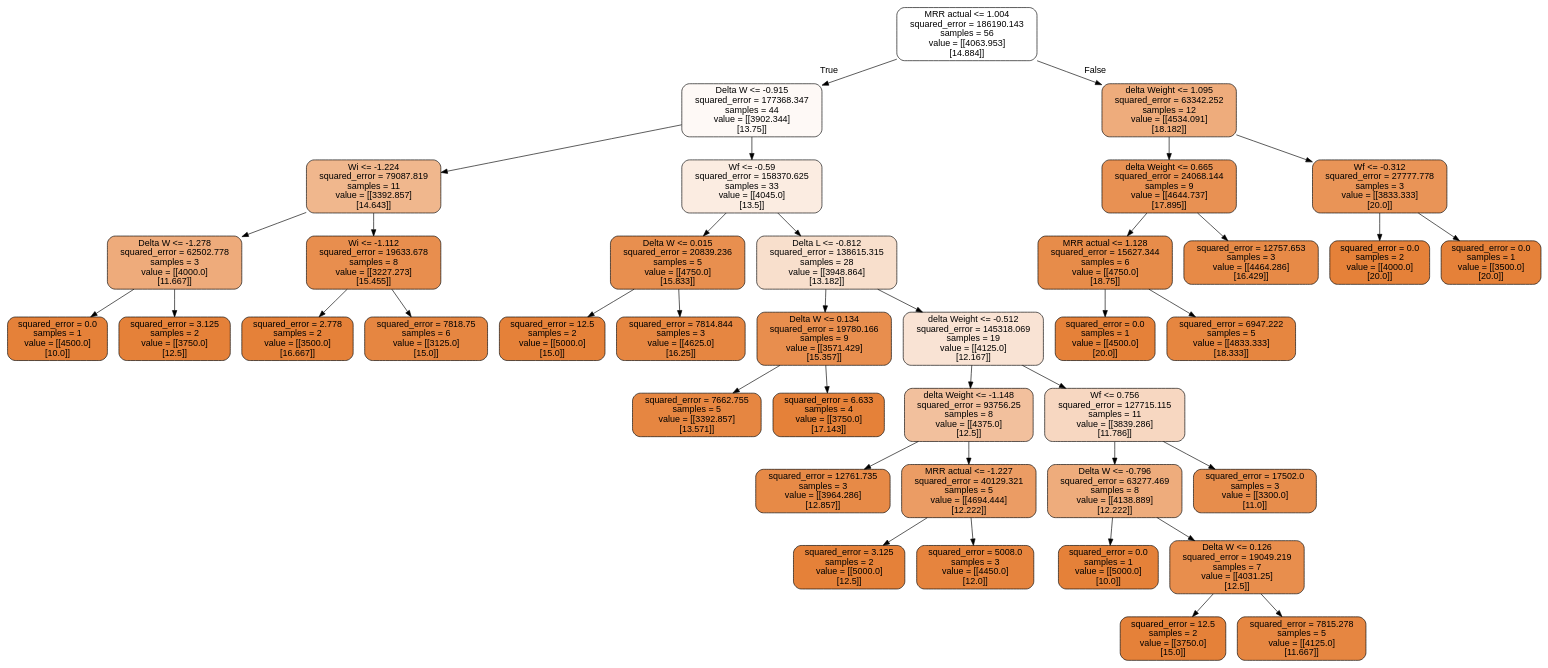
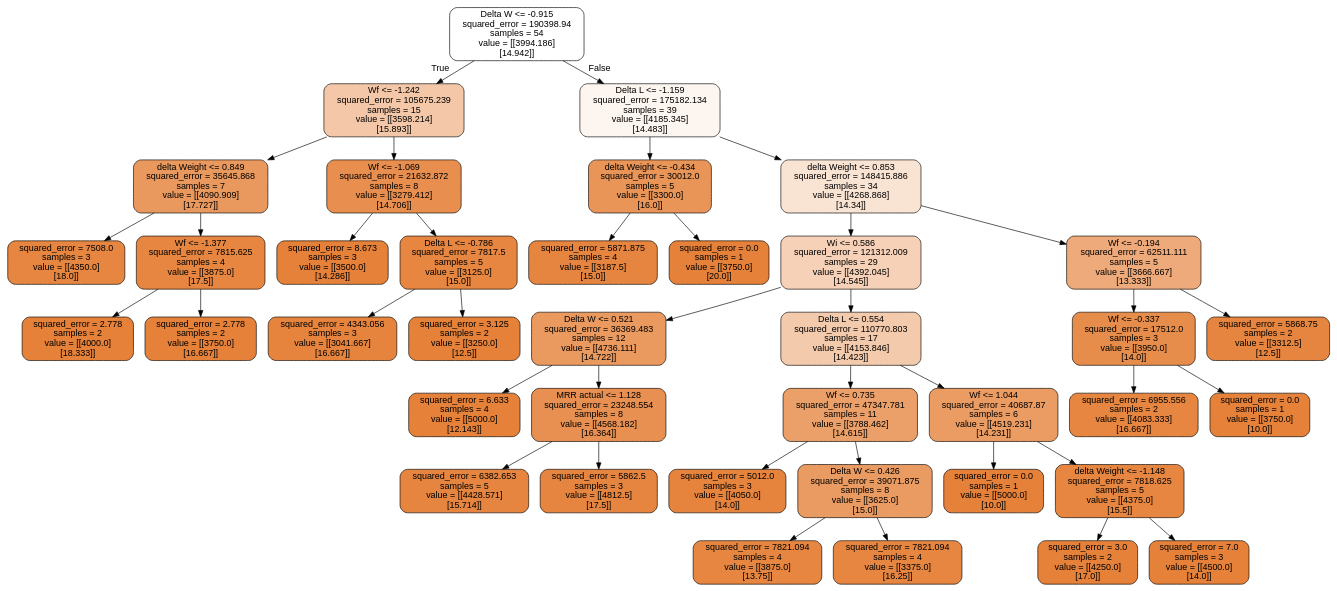
The diagram in tree.dot (VardanMittal/Micromilling_process_optimisation), drawn with Graphviz before and after one commit. The commit also changed 6 other files, not shown here.

```diff
--- a/tree.dot
+++ b/tree.dot
@@ -1,81 +1,81 @@
 digraph Tree {
 node [shape=box, style="filled, rounded", color="black", fontname="helvetica"] ;
 edge [fontname="helvetica"] ;
-0 [label="MRR actual <= 1.004\nsquared_error = 186190.143\nsamples = 56\nvalue = [[4063.953]\n[14.884]]", fillcolor="#ffffff"] ;
-1 [label="Delta W <= -0.915\nsquared_error = 177368.347\nsamples = 44\nvalue = [[3902.344]\n[13.75]]", fillcolor="#fef9f6"] ;
+0 [label="Delta W <= -0.915\nsquared_error = 190398.94\nsamples = 54\nvalue = [[3994.186]\n[14.942]]", fillcolor="#ffffff"] ;
+1 [label="Wf <= -1.242\nsquared_error = 105675.239\nsamples = 15\nvalue = [[3598.214]\n[15.893]]", fillcolor="#f3c7a7"] ;
 0 -> 1 [labeldistance=2.5, labelangle=45, headlabel="True"] ;
-3 [label="Wi <= -1.224\nsquared_error = 79087.819\nsamples = 11\nvalue = [[3392.857]\n[14.643]]", fillcolor="#f0b78d"] ;
+3 [label="delta Weight <= 0.849\nsquared_error = 35645.868\nsamples = 7\nvalue = [[4090.909]\n[17.727]]", fillcolor="#ea995e"] ;
 1 -> 3 ;
-17 [label="Delta W <= -1.278\nsquared_error = 62502.778\nsamples = 3\nvalue = [[4000.0]\n[11.667]]", fillcolor="#eeab7b"] ;
-3 -> 17 ;
-25 [label="squared_error = 0.0\nsamples = 1\nvalue = [[4500.0]\n[10.0]]", fillcolor="#e58139"] ;
-17 -> 25 ;
-26 [label="squared_error = 3.125\nsamples = 2\nvalue = [[3750.0]\n[12.5]]", fillcolor="#e58139"] ;
-17 -> 26 ;
-18 [label="Wi <= -1.112\nsquared_error = 19633.678\nsamples = 8\nvalue = [[3227.273]\n[15.455]]", fillcolor="#e88e4e"] ;
-3 -> 18 ;
-29 [label="squared_error = 2.778\nsamples = 2\nvalue = [[3500.0]\n[16.667]]", fillcolor="#e58139"] ;
-18 -> 29 ;
-30 [label="squared_error = 7818.75\nsamples = 6\nvalue = [[3125.0]\n[15.0]]", fillcolor="#e68641"] ;
-18 -> 30 ;
-4 [label="Wf <= -0.59\nsquared_error = 158370.625\nsamples = 33\nvalue = [[4045.0]\n[13.5]]", fillcolor="#fbece1"] ;
+19 [label="squared_error = 7508.0\nsamples = 3\nvalue = [[4350.0]\n[18.0]]", fillcolor="#e68641"] ;
+3 -> 19 ;
+20 [label="Wf <= -1.377\nsquared_error = 7815.625\nsamples = 4\nvalue = [[3875.0]\n[17.5]]", fillcolor="#e68641"] ;
+3 -> 20 ;
+37 [label="squared_error = 2.778\nsamples = 2\nvalue = [[4000.0]\n[18.333]]", fillcolor="#e58139"] ;
+20 -> 37 ;
+38 [label="squared_error = 2.778\nsamples = 2\nvalue = [[3750.0]\n[16.667]]", fillcolor="#e58139"] ;
+20 -> 38 ;
+4 [label="Wf <= -1.069\nsquared_error = 21632.872\nsamples = 8\nvalue = [[3279.412]\n[14.706]]", fillcolor="#e88f4f"] ;
 1 -> 4 ;
-5 [label="Delta W <= 0.015\nsquared_error = 20839.236\nsamples = 5\nvalue = [[4750.0]\n[15.833]]", fillcolor="#e88f4f"] ;
-4 -> 5 ;
-35 [label="squared_error = 12.5\nsamples = 2\nvalue = [[5000.0]\n[15.0]]", fillcolor="#e58139"] ;
-5 -> 35 ;
-36 [label="squared_error = 7814.844\nsamples = 3\nvalue = [[4625.0]\n[16.25]]", fillcolor="#e68641"] ;
-5 -> 36 ;
-6 [label="Delta L <= -0.812\nsquared_error = 138615.315\nsamples = 28\nvalue = [[3948.864]\n[13.182]]", fillcolor="#f8dfcc"] ;
-4 -> 6 ;
-7 [label="Delta W <= 0.134\nsquared_error = 19780.166\nsamples = 9\nvalue = [[3571.429]\n[15.357]]", fillcolor="#e88e4e"] ;
+21 [label="squared_error = 8.673\nsamples = 3\nvalue = [[3500.0]\n[14.286]]", fillcolor="#e58139"] ;
+4 -> 21 ;
+22 [label="Delta L <= -0.786\nsquared_error = 7817.5\nsamples = 5\nvalue = [[3125.0]\n[15.0]]", fillcolor="#e68641"] ;
+4 -> 22 ;
+35 [label="squared_error = 4343.056\nsamples = 3\nvalue = [[3041.667]\n[16.667]]", fillcolor="#e6843e"] ;
+22 -> 35 ;
+36 [label="squared_error = 3.125\nsamples = 2\nvalue = [[3250.0]\n[12.5]]", fillcolor="#e58139"] ;
+22 -> 36 ;
+2 [label="Delta L <= -1.159\nsquared_error = 175182.134\nsamples = 39\nvalue = [[4185.345]\n[14.483]]", fillcolor="#fdf5ef"] ;
+0 -> 2 [labeldistance=2.5, labelangle=-45, headlabel="False"] ;
+5 [label="delta Weight <= -0.434\nsquared_error = 30012.0\nsamples = 5\nvalue = [[3300.0]\n[16.0]]", fillcolor="#e99558"] ;
+2 -> 5 ;
+29 [label="squared_error = 5871.875\nsamples = 4\nvalue = [[3187.5]\n[15.0]]", fillcolor="#e6853f"] ;
+5 -> 29 ;
+30 [label="squared_error = 0.0\nsamples = 1\nvalue = [[3750.0]\n[20.0]]", fillcolor="#e58139"] ;
+5 -> 30 ;
+6 [label="delta Weight <= 0.853\nsquared_error = 148415.886\nsamples = 34\nvalue = [[4268.868]\n[14.34]]", fillcolor="#f9e3d3"] ;
+2 -> 6 ;
+7 [label="Wi <= 0.586\nsquared_error = 121312.009\nsamples = 29\nvalue = [[4392.045]\n[14.545]]", fillcolor="#f6d1b7"] ;
 6 -> 7 ;
-23 [label="squared_error = 7662.755\nsamples = 5\nvalue = [[3392.857]\n[13.571]]", fillcolor="#e68641"] ;
-7 -> 23 ;
-24 [label="squared_error = 6.633\nsamples = 4\nvalue = [[3750.0]\n[17.143]]", fillcolor="#e58139"] ;
-7 -> 24 ;
-8 [label="delta Weight <= -0.512\nsquared_error = 145318.069\nsamples = 19\nvalue = [[4125.0]\n[12.167]]", fillcolor="#f9e3d4"] ;
+9 [label="Delta W <= 0.521\nsquared_error = 36369.483\nsamples = 12\nvalue = [[4736.111]\n[14.722]]", fillcolor="#ea995f"] ;
+7 -> 9 ;
+17 [label="squared_error = 6.633\nsamples = 4\nvalue = [[5000.0]\n[12.143]]", fillcolor="#e58139"] ;
+9 -> 17 ;
+18 [label="MRR actual <= 1.128\nsquared_error = 23248.554\nsamples = 8\nvalue = [[4568.182]\n[16.364]]", fillcolor="#e89051"] ;
+9 -> 18 ;
+27 [label="squared_error = 6382.653\nsamples = 5\nvalue = [[4428.571]\n[15.714]]", fillcolor="#e68540"] ;
+18 -> 27 ;
+28 [label="squared_error = 5862.5\nsamples = 3\nvalue = [[4812.5]\n[17.5]]", fillcolor="#e6853f"] ;
+18 -> 28 ;
+10 [label="Delta L <= 0.554\nsquared_error = 110770.803\nsamples = 17\nvalue = [[4153.846]\n[14.423]]", fillcolor="#f4caac"] ;
+7 -> 10 ;
+11 [label="Wf <= 0.735\nsquared_error = 47347.781\nsamples = 11\nvalue = [[3788.462]\n[14.615]]", fillcolor="#eba06a"] ;
+10 -> 11 ;
+23 [label="squared_error = 5012.0\nsamples = 3\nvalue = [[4050.0]\n[14.0]]", fillcolor="#e6843e"] ;
+11 -> 23 ;
+24 [label="Delta W <= 0.426\nsquared_error = 39071.875\nsamples = 8\nvalue = [[3625.0]\n[15.0]]", fillcolor="#ea9b62"] ;
+11 -> 24 ;
+25 [label="squared_error = 7821.094\nsamples = 4\nvalue = [[3875.0]\n[13.75]]", fillcolor="#e68641"] ;
+24 -> 25 ;
+26 [label="squared_error = 7821.094\nsamples = 4\nvalue = [[3375.0]\n[16.25]]", fillcolor="#e68641"] ;
+24 -> 26 ;
+12 [label="Wf <= 1.044\nsquared_error = 40687.87\nsamples = 6\nvalue = [[4519.231]\n[14.231]]", fillcolor="#eb9c63"] ;
+10 -> 12 ;
+15 [label="squared_error = 0.0\nsamples = 1\nvalue = [[5000.0]\n[10.0]]", fillcolor="#e58139"] ;
+12 -> 15 ;
+16 [label="delta Weight <= -1.148\nsquared_error = 7818.625\nsamples = 5\nvalue = [[4375.0]\n[15.5]]", fillcolor="#e68641"] ;
+12 -> 16 ;
+31 [label="squared_error = 3.0\nsamples = 2\nvalue = [[4250.0]\n[17.0]]", fillcolor="#e58139"] ;
+16 -> 31 ;
+32 [label="squared_error = 7.0\nsamples = 3\nvalue = [[4500.0]\n[14.0]]", fillcolor="#e58139"] ;
+16 -> 32 ;
+8 [label="Wf <= -0.194\nsquared_error = 62511.111\nsamples = 5\nvalue = [[3666.667]\n[13.333]]", fillcolor="#eeaa7a"] ;
 6 -> 8 ;
-9 [label="delta Weight <= -1.148\nsquared_error = 93756.25\nsamples = 8\nvalue = [[4375.0]\n[12.5]]", fillcolor="#f2c09d"] ;
-8 -> 9 ;
-13 [label="squared_error = 12761.735\nsamples = 3\nvalue = [[3964.286]\n[12.857]]", fillcolor="#e78a47"] ;
-9 -> 13 ;
-14 [label="MRR actual <= -1.227\nsquared_error = 40129.321\nsamples = 5\nvalue = [[4694.444]\n[12.222]]", fillcolor="#eb9c64"] ;
-9 -> 14 ;
-21 [label="squared_error = 3.125\nsamples = 2\nvalue = [[5000.0]\n[12.5]]", fillcolor="#e58139"] ;
-14 -> 21 ;
-22 [label="squared_error = 5008.0\nsamples = 3\nvalue = [[4450.0]\n[12.0]]", fillcolor="#e6843e"] ;
-14 -> 22 ;
-10 [label="Wf <= 0.756\nsquared_error = 127715.115\nsamples = 11\nvalue = [[3839.286]\n[11.786]]", fillcolor="#f7d7c1"] ;
-8 -> 10 ;
-11 [label="Delta W <= -0.796\nsquared_error = 63277.469\nsamples = 8\nvalue = [[4138.889]\n[12.222]]", fillcolor="#eeac7c"] ;
-10 -> 11 ;
-19 [label="squared_error = 0.0\nsamples = 1\nvalue = [[5000.0]\n[10.0]]", fillcolor="#e58139"] ;
-11 -> 19 ;
-20 [label="Delta W <= 0.126\nsquared_error = 19049.219\nsamples = 7\nvalue = [[4031.25]\n[12.5]]", fillcolor="#e88e4d"] ;
-11 -> 20 ;
-33 [label="squared_error = 12.5\nsamples = 2\nvalue = [[3750.0]\n[15.0]]", fillcolor="#e58139"] ;
-20 -> 33 ;
-34 [label="squared_error = 7815.278\nsamples = 5\nvalue = [[4125.0]\n[11.667]]", fillcolor="#e68641"] ;
-20 -> 34 ;
-12 [label="squared_error = 17502.0\nsamples = 3\nvalue = [[3300.0]\n[11.0]]", fillcolor="#e78d4c"] ;
-10 -> 12 ;
-2 [label="delta Weight <= 1.095\nsquared_error = 63342.252\nsamples = 12\nvalue = [[4534.091]\n[18.182]]", fillcolor="#eeac7c"] ;
-0 -> 2 [labeldistance=2.5, labelangle=-45, headlabel="False"] ;
-15 [label="delta Weight <= 0.665\nsquared_error = 24068.144\nsamples = 9\nvalue = [[4644.737]\n[17.895]]", fillcolor="#e89153"] ;
-2 -> 15 ;
-27 [label="MRR actual <= 1.128\nsquared_error = 15627.344\nsamples = 6\nvalue = [[4750.0]\n[18.75]]", fillcolor="#e78c4a"] ;
-15 -> 27 ;
-31 [label="squared_error = 0.0\nsamples = 1\nvalue = [[4500.0]\n[20.0]]", fillcolor="#e58139"] ;
-27 -> 31 ;
-32 [label="squared_error = 6947.222\nsamples = 5\nvalue = [[4833.333]\n[18.333]]", fillcolor="#e68640"] ;
-27 -> 32 ;
-28 [label="squared_error = 12757.653\nsamples = 3\nvalue = [[4464.286]\n[16.429]]", fillcolor="#e78a47"] ;
-15 -> 28 ;
-16 [label="Wf <= -0.312\nsquared_error = 27777.778\nsamples = 3\nvalue = [[3833.333]\n[20.0]]", fillcolor="#e99457"] ;
-2 -> 16 ;
-37 [label="squared_error = 0.0\nsamples = 2\nvalue = [[4000.0]\n[20.0]]", fillcolor="#e58139"] ;
-16 -> 37 ;
-38 [label="squared_error = 0.0\nsamples = 1\nvalue = [[3500.0]\n[20.0]]", fillcolor="#e58139"] ;
-16 -> 38 ;
+13 [label="Wf <= -0.337\nsquared_error = 17512.0\nsamples = 3\nvalue = [[3950.0]\n[14.0]]", fillcolor="#e78d4b"] ;
+8 -> 13 ;
+33 [label="squared_error = 6955.556\nsamples = 2\nvalue = [[4083.333]\n[16.667]]", fillcolor="#e68640"] ;
+13 -> 33 ;
+34 [label="squared_error = 0.0\nsamples = 1\nvalue = [[3750.0]\n[10.0]]", fillcolor="#e58139"] ;
+13 -> 34 ;
+14 [label="squared_error = 5868.75\nsamples = 2\nvalue = [[3312.5]\n[12.5]]", fillcolor="#e6853f"] ;
+8 -> 14 ;
 }
```
